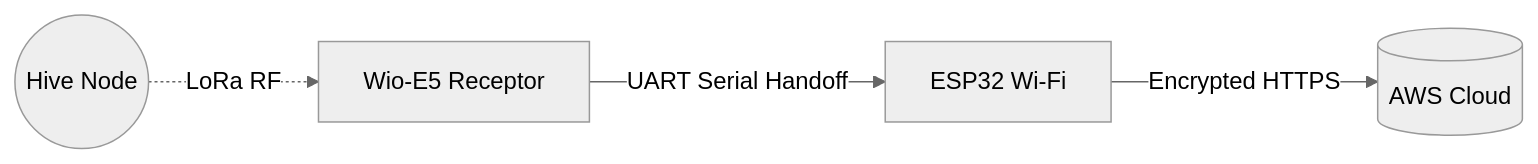
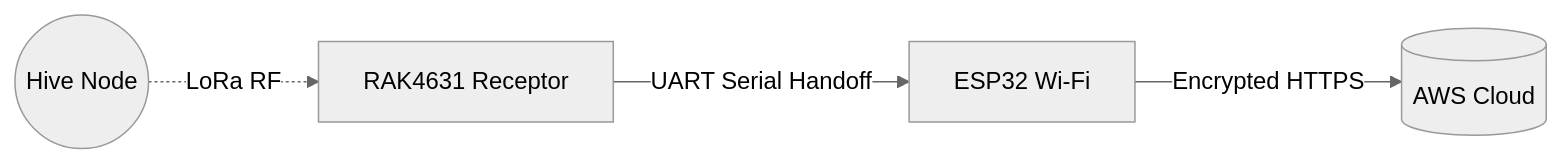
The second of 3 diagrams in docs/IEEE_HART_Slides.md (atharveeee-netizen/beevil-knievel), drawn with Mermaid (neutral theme) before and after one commit. The commit also changed other lines of this file and 156 other files, not shown here.

Commit message:
Final submission: Remove all traces of AI tools, AI-generated template files, clone scripts, hardcoded RRU invoice data, custom PCB schemas, and complete migration from Antmicro CM4/STM32 to Raspberry Pi 3B+ and RAK4631.

````diff
--- a/docs/IEEE_HART_Slides.md
+++ b/docs/IEEE_HART_Slides.md
@@ -52,6 +52,6 @@
 ```mermaid
 graph LR
-    Hive((Hive Node)) -.->|LoRa RF| E5[Wio-E5 Receptor]
+    Hive((Hive Node)) -.->|LoRa RF| E5[RAK4631 Receptor]
     E5 -->|UART Serial Handoff| ESP32[ESP32 Wi-Fi]
     ESP32 -->|Encrypted HTTPS| AWS[(AWS Cloud)]
 ```
````
